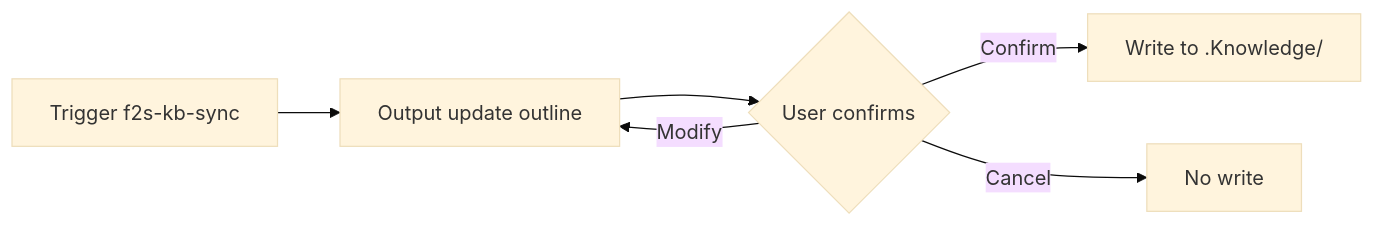
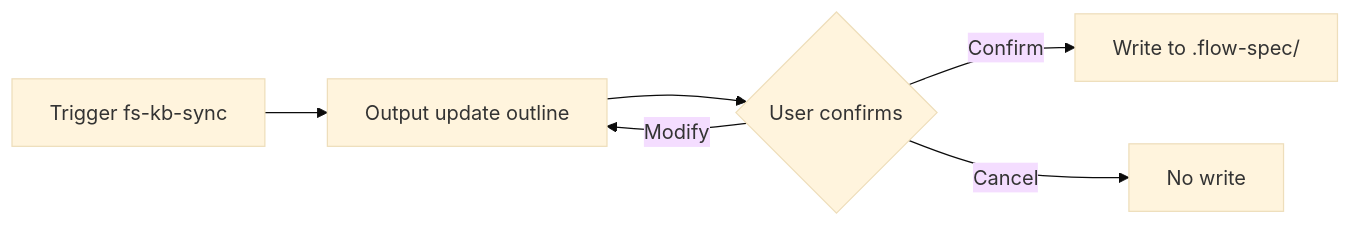
Before and after one commit to double-coding-lab/Flow2Spec: the seventh of 7 diagrams in docs/en/design-principles.md, drawn with Mermaid (base theme). The commit also changed other lines of this file and 543 other files, not shown here.

Commit message:
♻️ refactor: 统一 flow-spec 命名与知识库路径

````diff
--- a/docs/en/design-principles.md
+++ b/docs/en/design-principles.md
@@ -464,8 +464,8 @@
 ```mermaid
 graph LR
-    T[Trigger f2s-kb-sync] --> O[Output update outline]
+    T[Trigger fs-kb-sync] --> O[Output update outline]
     O --> U{User confirms}
-    U -->|Confirm| W[Write to .Knowledge/]
+    U -->|Confirm| W[Write to .flow-spec/]
     U -->|Modify| O
     U -->|Cancel| STOP[No write]
 ```
````
